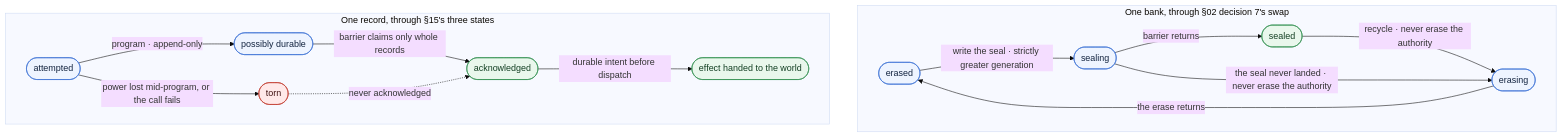
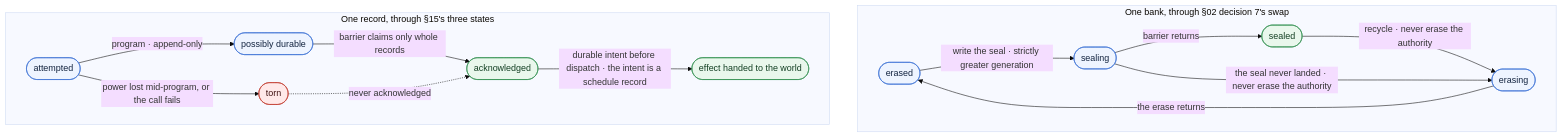
The ninth of 9 diagrams in docs/architecture.md (madmax983/waymaker), drawn with Mermaid (base theme) before and after one commit. The commit also changed other lines of this file and 15 other files, not shown here.

````diff
--- a/docs/architecture.md
+++ b/docs/architecture.md
@@ -440,37 +440,37 @@
 ```mermaid
 flowchart LR
   subgraph records ["One record, through §15's three states"]
     direction LR
     r0(["attempted"])
     r1(["possibly durable"])
     r2(["acknowledged"])
     rt(["torn"])
     r0 -- "program · append-only" --> r1
     r1 -- "barrier claims only whole records" --> r2
     r0 -- "power lost mid-program, or the call fails" --> rt
     rt -. "never acknowledged" .-> r2
-    r2 -- "durable intent before dispatch" --> eff(["effect handed to the world"])
+    r2 -- "durable intent before dispatch · the intent is a schedule record" --> eff(["effect handed to the world"])
   end
 
   subgraph banks ["One bank, through §02 decision 7's swap"]
     direction LR
     b0(["erased"])
     b1(["sealing"])
     b2(["sealed"])
     be(["erasing"])
     b0 -- "write the seal · strictly greater generation" --> b1
     b1 -- "barrier returns" --> b2
     b2 -- "recycle · never erase the authority" --> be
     b1 -- "the seal never landed · never erase the authority" --> be
     be -- "the erase returns" --> b0
   end
 
   records ~~~ banks
 
   classDef live fill:#eef4ff,stroke:#3b6fd4,color:#12233f;
   classDef done fill:#e9f7ec,stroke:#2f8f4e,color:#123f22;
   classDef bad fill:#ffe9e9,stroke:#c0392b,color:#3f1212;
   class r0,r1,b0,b1,be live;
   class r2,b2,eff done;
   class rt bad;
 ```
````
